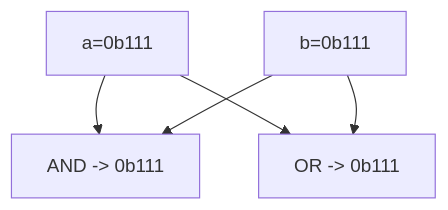
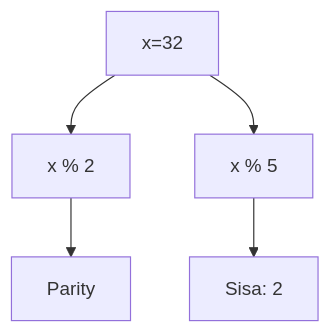
Before and after one commit to amnahwaida/OSNK_INF_PREP: diagram 11 of 25 in part-c-pemahaman-cpp/06-bitwise/latihan/set-09.md, drawn with Mermaid. The commit also changed other lines of this file and 71 other files, not shown here.

````diff
--- a/part-c-pemahaman-cpp/06-bitwise/latihan/set-09.md
+++ b/part-c-pemahaman-cpp/06-bitwise/latihan/set-09.md
@@ -319,7 +329,7 @@
 ```mermaid
 graph TD
-    A["a=0b111"] --> C["AND -> 0b111"]
-    B["b=0b111"] --> C
-    A --> D["OR  -> 0b111"]
-    B --> D
+A[x=32] --> B[x % 2]
+B --> C[Parity]
+A --> D[x % 5]
+D --> E[Sisa: 2]
 ```
````
